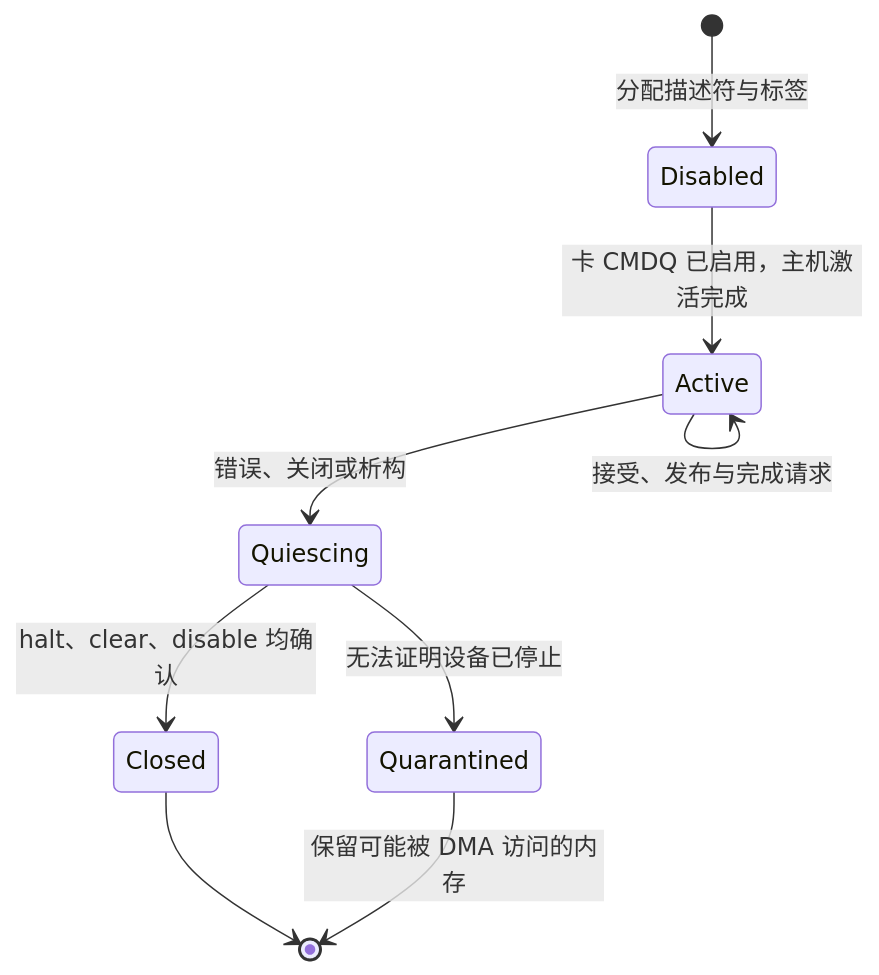
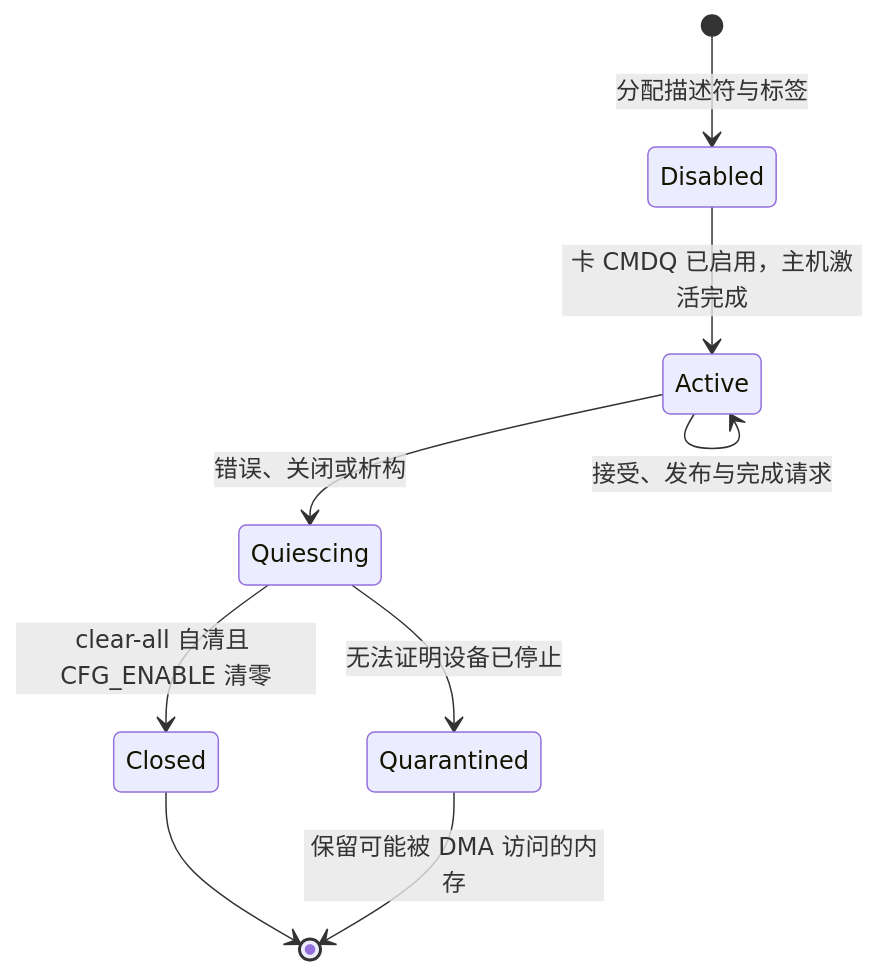
Before and after one commit to Alayfolk64/tgoskits: the diagram in docs/design/rk3588-cqhci-block-queue.md, drawn with Mermaid. The commit also changed other lines of this file and 2 other files, not shown here.

````diff
--- a/docs/design/rk3588-cqhci-block-queue.md
+++ b/docs/design/rk3588-cqhci-block-queue.md
@@ -57,11 +57,11 @@
 ```mermaid
 stateDiagram-v2
     [*] --> Disabled: 分配描述符与标签
     Disabled --> Active: 卡 CMDQ 已启用，主机激活完成
     Active --> Active: 接受、发布与完成请求
     Active --> Quiescing: 错误、关闭或析构
-    Quiescing --> Closed: halt、clear、disable 均确认
+    Quiescing --> Closed: clear-all 自清且 CFG_ENABLE 清零
     Quiescing --> Quarantined: 无法证明设备已停止
     Closed --> [*]
     Quarantined --> [*]: 保留可能被 DMA 访问的内存
 ```
````
